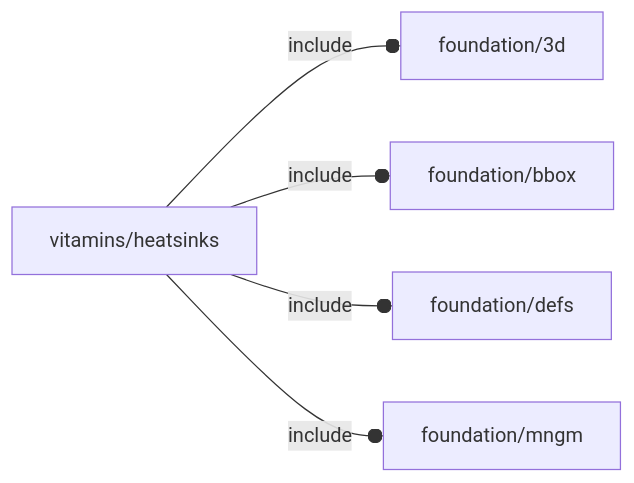
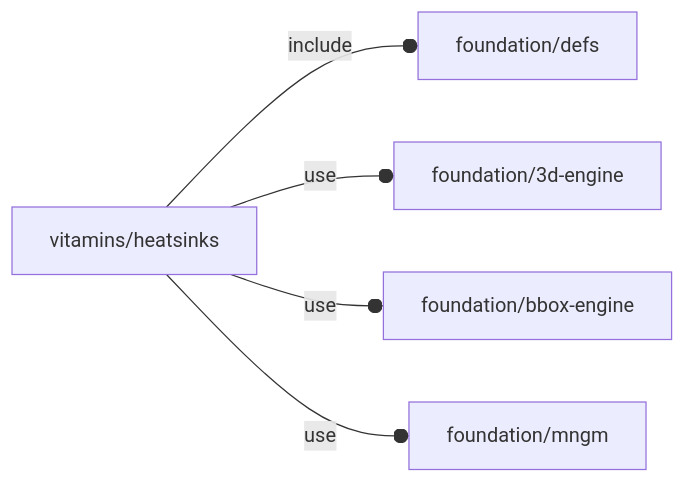
One commit to ggabbiani/OFL changed the diagram in orthodocs/vitamins/heatsinks.md. Above: the diagram before and after it, drawn with Mermaid. The commit also changed other lines of this file and 74 other files, not shown here.

````diff
--- a/orthodocs/vitamins/heatsinks.md
+++ b/orthodocs/vitamins/heatsinks.md
@@ -5,7 +5,7 @@
 ```mermaid
 graph LR
-    A1[vitamins/heatsinks] --o|include| A2[foundation/3d]
-    A1 --o|include| A3[foundation/bbox]
-    A1 --o|include| A4[foundation/defs]
-    A1 --o|include| A5[foundation/mngm]
+    A1[vitamins/heatsinks] --o|include| A2[foundation/defs]
+    A1 --o|use| A3[foundation/3d-engine]
+    A1 --o|use| A4[foundation/bbox-engine]
+    A1 --o|use| A5[foundation/mngm]
 ```
````
